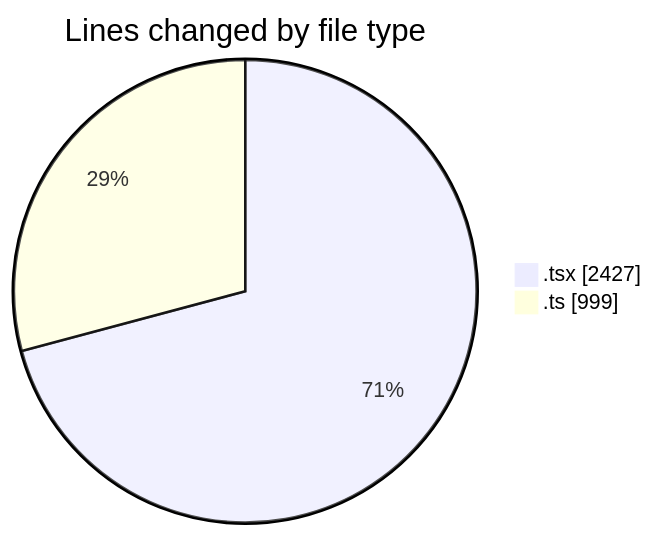
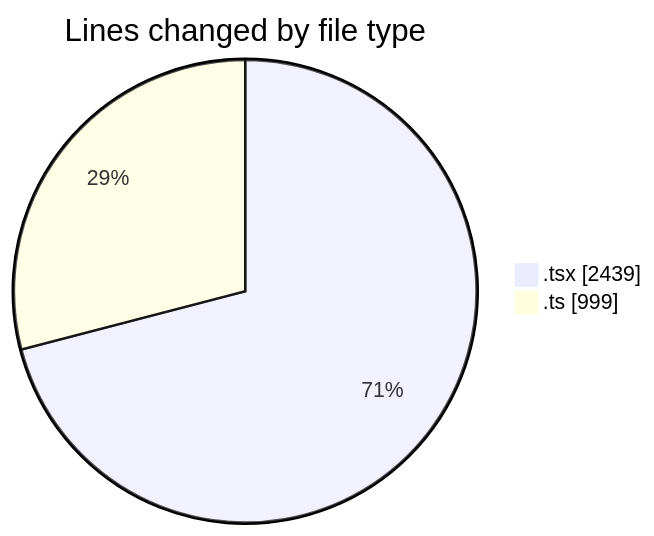
One commit to momahboobian/code-tracking changed the first of 2 diagrams in 2025-07-02/cda/README.md. Above: the diagram before and after it, drawn with Mermaid. The commit also changed other lines of this file and 1 other file, not shown here.

````diff
--- a/2025-07-02/cda/README.md
+++ b/2025-07-02/cda/README.md
@@ -26,6 +26,6 @@
 ```mermaid
 pie showData
 title Lines changed by file type
-".tsx" : 2427
+".tsx" : 2439
 ".ts" : 999
 ```
````
